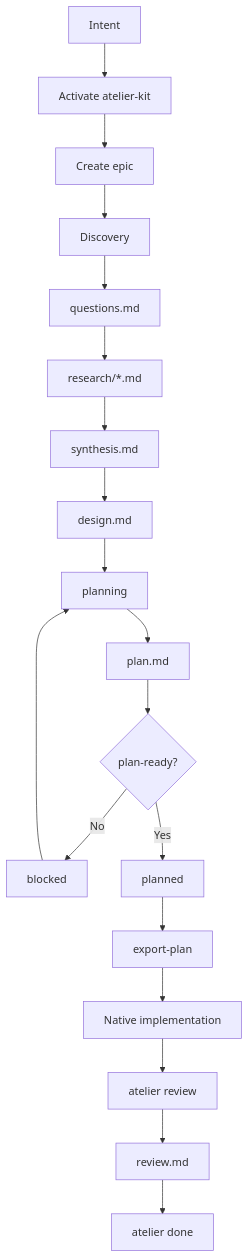
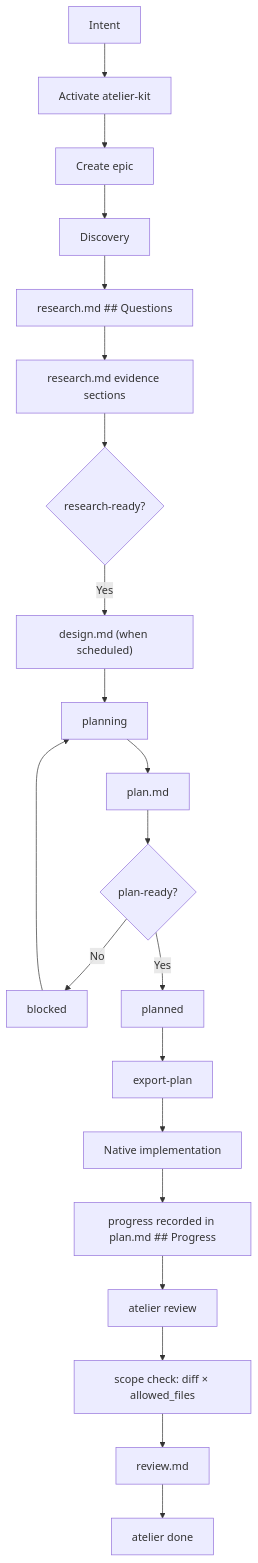
Diagram 16 of 17 in atelier-kit-manifesto.md (atelier-kit/atelier-kit), drawn with Mermaid before and after one commit. The commit also changed other lines of this file and 39 other files, not shown here.

````diff
--- a/atelier-kit-manifesto.md
+++ b/atelier-kit-manifesto.md
@@ -530,21 +527,23 @@
 ```mermaid
 flowchart TB
     Intent[Intent] --> Activate[Activate atelier-kit]
     Activate --> Epic[Create epic]
     Epic --> Discovery[Discovery]
-    Discovery --> Questions[questions.md]
-    Questions --> Research[research/*.md]
-    Research --> Synthesis[synthesis.md]
-    Synthesis --> Design[design.md]
+    Discovery --> Questions["research.md ## Questions"]
+    Questions --> Research["research.md evidence sections"]
+    Research --> RGate{research-ready?}
+    RGate -->|Yes| Design["design.md (when scheduled)"]
     Design --> Planning[planning]
     Planning --> Plan[plan.md]
     Plan --> Gate{plan-ready?}
     Gate -->|No| Blocked[blocked]
     Blocked --> Planning
     Gate -->|Yes| Planned[planned]
     Planned --> Mirror[export-plan]
     Mirror --> Native[Native implementation]
-    Native --> Review[atelier review]
-    Review --> ReviewMD[review.md]
+    Native --> Progress["progress recorded in plan.md ## Progress"]
+    Progress --> Review[atelier review]
+    Review --> Scope["scope check: diff × allowed_files"]
+    Scope --> ReviewMD[review.md]
     ReviewMD --> Done[atelier done]
 ```
````
